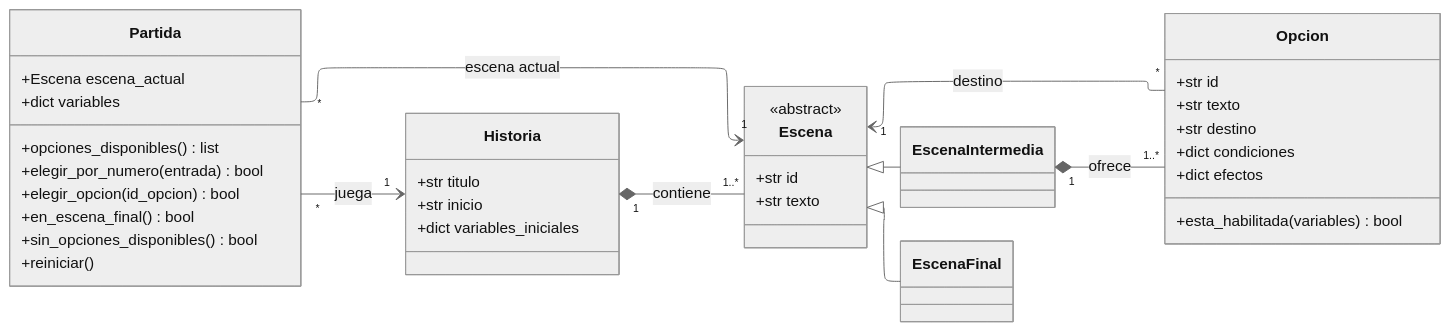
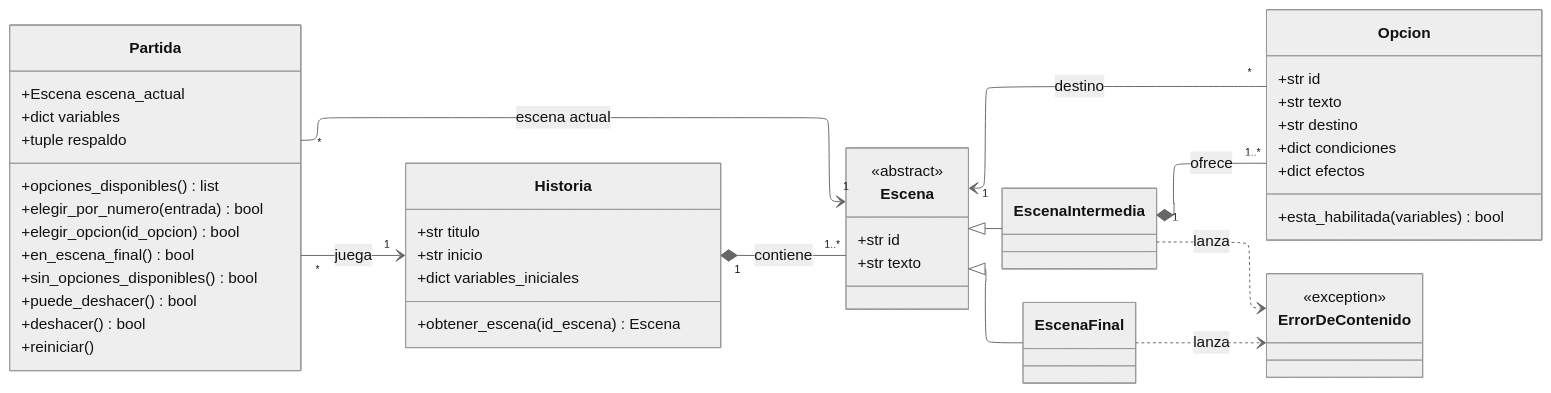
The diagram in docs/diagramas/clases.mmd (8alanct-hub/sistema_de_historias_interectativas), drawn with Mermaid (neutral theme) before and after one commit. The commit also changed 16 other files, not shown here.

```diff
--- a/docs/diagramas/clases.mmd
+++ b/docs/diagramas/clases.mmd
@@ -1,52 +1,62 @@
 ---
 config:
   layout: elk
 ---
 classDiagram
     direction LR
 
     class Historia {
         +str titulo
         +str inicio
         +dict variables_iniciales
+        +obtener_escena(id_escena) Escena
     }
 
     class Escena {
         <<abstract>>
         +str id
         +str texto
     }
 
     class EscenaIntermedia {
     }
 
     class EscenaFinal {
     }
 
     class Opcion {
         +str id
         +str texto
         +str destino
         +dict condiciones
         +dict efectos
         +esta_habilitada(variables) bool
     }
 
+    class ErrorDeContenido {
+        <<exception>>
+    }
+
     class Partida {
         +Escena escena_actual
         +dict variables
+        +tuple respaldo
         +opciones_disponibles() list
         +elegir_por_numero(entrada) bool
         +elegir_opcion(id_opcion) bool
         +en_escena_final() bool
         +sin_opciones_disponibles() bool
+        +puede_deshacer() bool
+        +deshacer() bool
         +reiniciar()
     }
 
     Historia "1" *-- "1..*" Escena : contiene
     Escena <|-- EscenaIntermedia
     Escena <|-- EscenaFinal
     EscenaIntermedia "1" *-- "1..*" Opcion : ofrece
     Opcion "*" --> "1" Escena : destino
     Partida "*" --> "1" Historia : juega
+    EscenaIntermedia ..> ErrorDeContenido : lanza
+    EscenaFinal ..> ErrorDeContenido : lanza
     Partida "*" --> "1" Escena : escena actual
```
